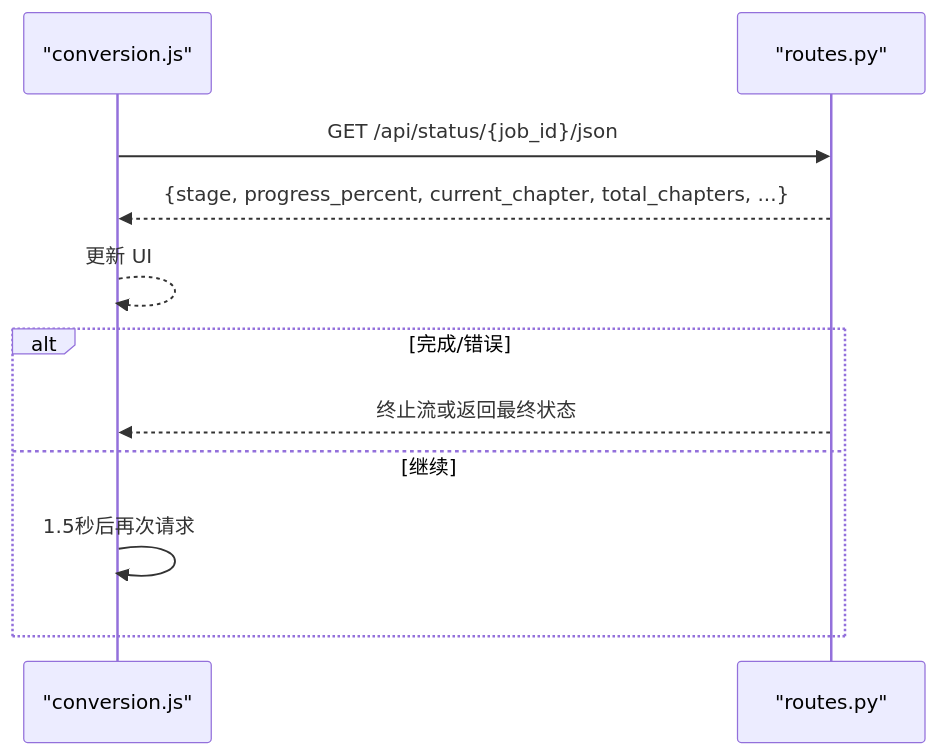
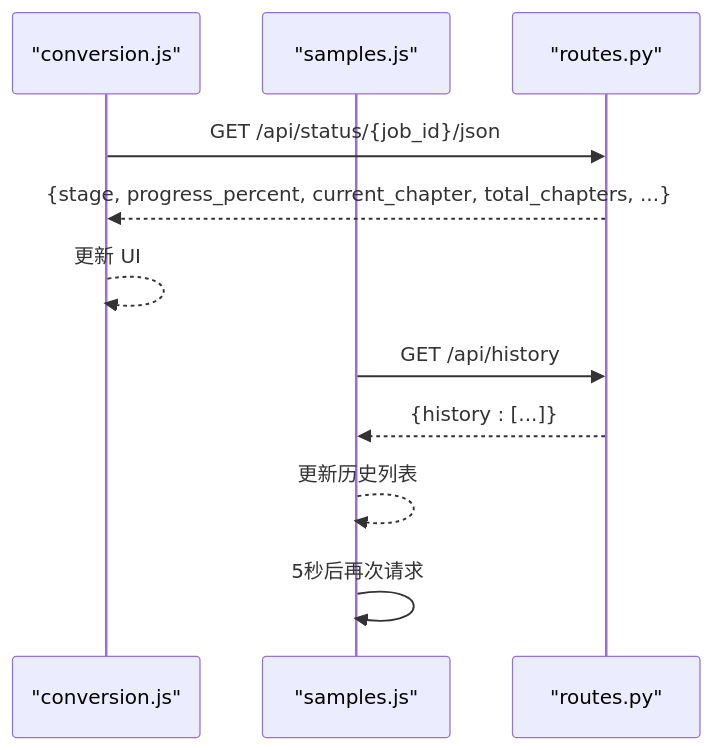
One commit to tjujingzong/Novel-to-Screenplay changed the eighth of 9 diagrams in .qoder/repowiki/zh/content/前端界面/前端界面.md. Above: the diagram before and after it, drawn with Mermaid. The commit also changed other lines of this file and 21 other files, not shown here.

````diff
--- a/.qoder/repowiki/zh/content/前端界面/前端界面.md
+++ b/.qoder/repowiki/zh/content/前端界面/前端界面.md
@@ -326,13 +416,13 @@
 ```mermaid
 sequenceDiagram
 participant C as "conversion.js"
+participant H as "samples.js"
 participant API as "routes.py"
 C->>API : GET /api/status/{job_id}/json
 API-->>C : {stage, progress_percent, current_chapter, total_chapters, ...}
 C-->>C : 更新 UI
-alt 完成/错误
-API-->>C : 终止流或返回最终状态
-else 继续
-C->>C : 1.5秒后再次请求
-end
+H->>API : GET /api/history
+API-->>H : {history : [...]}
+H-->>H : 更新历史列表
+H->>H : 5秒后再次请求
 ```
````
